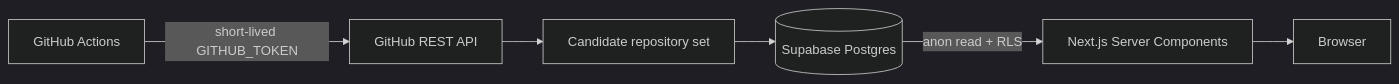
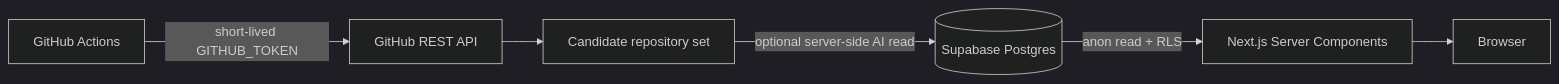
Before and after one commit to ddfriday/repo-pulse: the diagram in docs/architecture.md, drawn with Mermaid (dark theme). The commit also changed other lines of this file and 17 other files, not shown here.

````diff
--- a/docs/architecture.md
+++ b/docs/architecture.md
@@ -5,8 +5,8 @@
 ```mermaid
 flowchart LR
   A[GitHub Actions] -->|short-lived GITHUB_TOKEN| B[GitHub REST API]
   B --> C[Candidate repository set]
-  C --> D[(Supabase Postgres)]
+  C -->|optional server-side AI read| D[(Supabase Postgres)]
   D -->|anon read + RLS| E[Next.js Server Components]
   E --> F[Browser]
 ```
````
